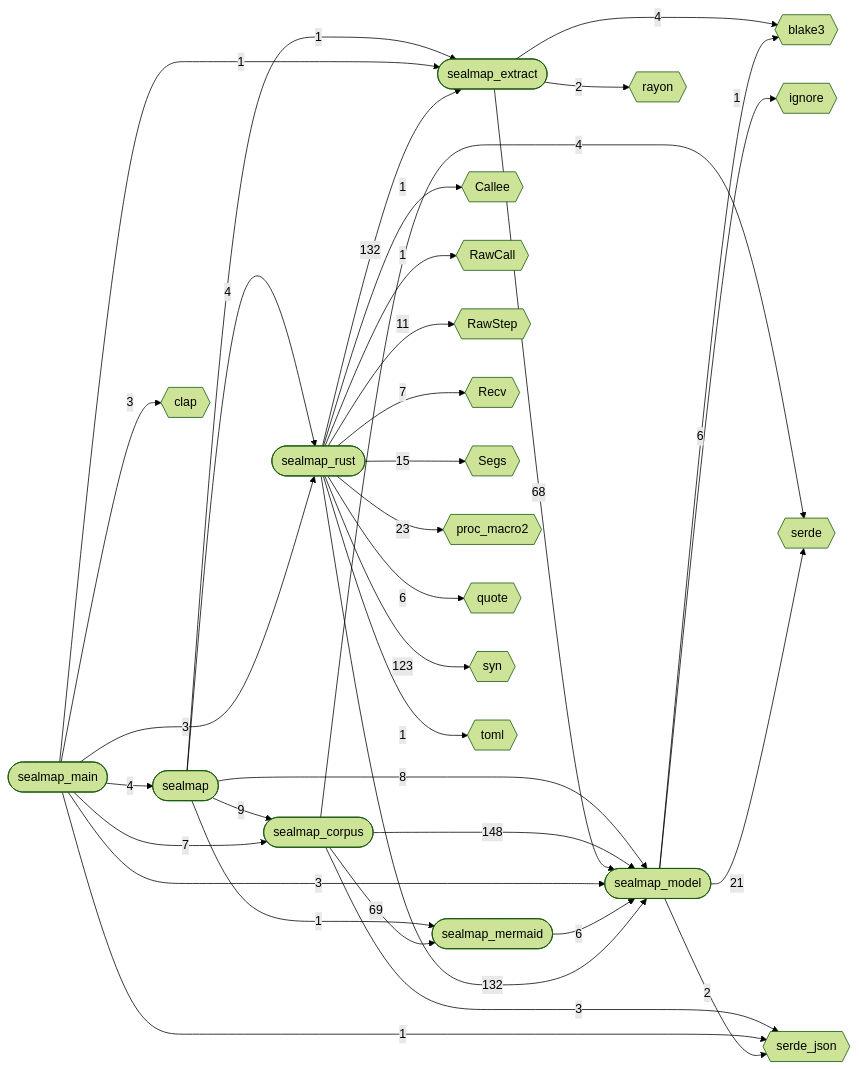
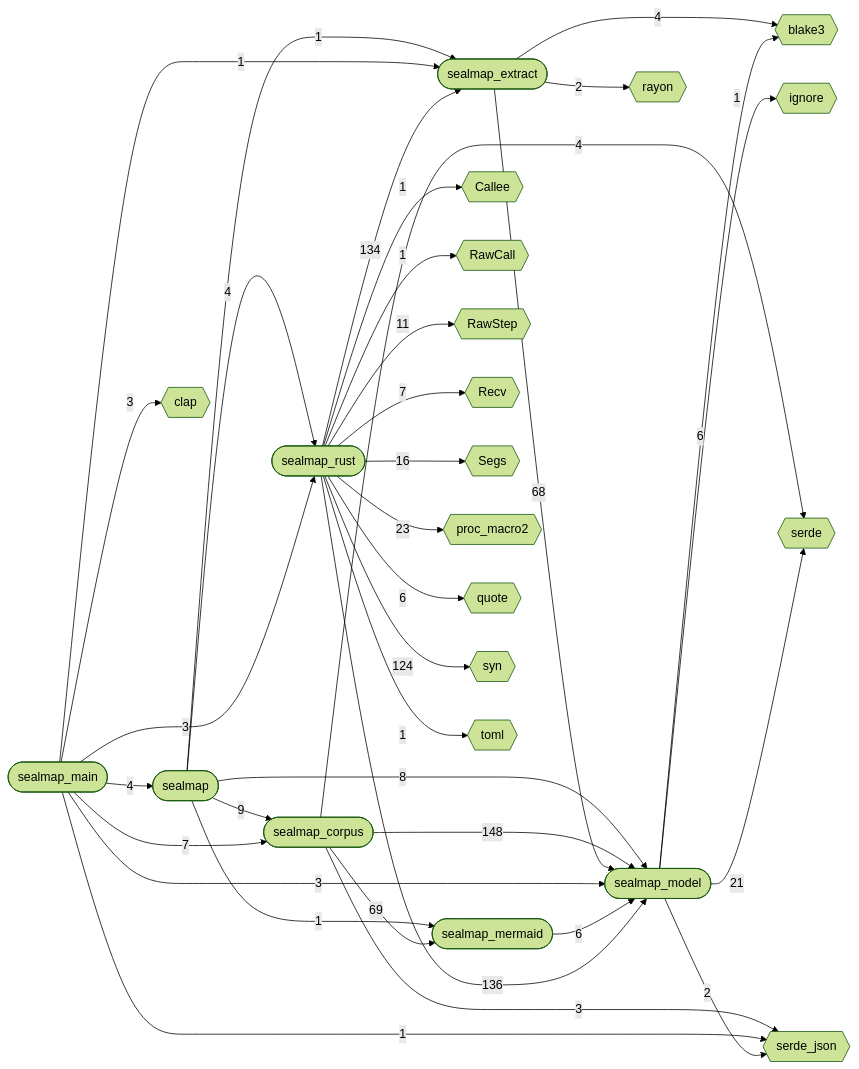
One commit to DreamLab-AI/codemaid changed the first of 12 diagrams in docs/sealmap/_overview.md. Above: the diagram before and after it, drawn with Mermaid (forest theme). The commit also changed other lines of this file and 8 other files, not shown here.

First line of the commit message:
fix(sealmap-rust): resolve generic parameters from declared scope, not name shape

````diff
--- a/docs/sealmap/_overview.md
+++ b/docs/sealmap/_overview.md
@@ -10,60 +10,60 @@
 ```mermaid
 flowchart LR
   sealmap(["sealmap"])
   sealmap_corpus(["sealmap_corpus"])
   sealmap_extract(["sealmap_extract"])
   sealmap_main(["sealmap_main"])
   sealmap_mermaid(["sealmap_mermaid"])
   sealmap_model(["sealmap_model"])
   sealmap_rust(["sealmap_rust"])
   Callee{{"Callee"}}
   RawCall{{"RawCall"}}
   RawStep{{"RawStep"}}
   Recv{{"Recv"}}
   Segs{{"Segs"}}
   blake3{{"blake3"}}
   clap{{"clap"}}
   ignore{{"ignore"}}
   proc_macro2{{"proc_macro2"}}
   quote{{"quote"}}
   rayon{{"rayon"}}
   serde{{"serde"}}
   serde_json{{"serde_json"}}
   syn{{"syn"}}
   toml{{"toml"}}
   sealmap -->|"9"| sealmap_corpus
   sealmap -->|"1"| sealmap_extract
   sealmap -->|"1"| sealmap_mermaid
   sealmap -->|"8"| sealmap_model
   sealmap -->|"4"| sealmap_rust
   sealmap_corpus -->|"69"| sealmap_mermaid
   sealmap_corpus -->|"148"| sealmap_model
   sealmap_corpus -->|"4"| serde
   sealmap_corpus -->|"3"| serde_json
   sealmap_extract -->|"4"| blake3
   sealmap_extract -->|"2"| rayon
   sealmap_extract -->|"68"| sealmap_model
   sealmap_main -->|"3"| clap
   sealmap_main -->|"4"| sealmap
   sealmap_main -->|"7"| sealmap_corpus
   sealmap_main -->|"1"| sealmap_extract
   sealmap_main -->|"3"| sealmap_model
   sealmap_main -->|"3"| sealmap_rust
   sealmap_main -->|"1"| serde_json
   sealmap_mermaid -->|"6"| sealmap_model
   sealmap_model -->|"6"| blake3
   sealmap_model -->|"1"| ignore
   sealmap_model -->|"21"| serde
   sealmap_model -->|"2"| serde_json
   sealmap_rust -->|"1"| Callee
   sealmap_rust -->|"1"| RawCall
   sealmap_rust -->|"11"| RawStep
   sealmap_rust -->|"7"| Recv
-  sealmap_rust -->|"15"| Segs
+  sealmap_rust -->|"16"| Segs
   sealmap_rust -->|"23"| proc_macro2
   sealmap_rust -->|"6"| quote
-  sealmap_rust -->|"132"| sealmap_extract
-  sealmap_rust -->|"132"| sealmap_model
-  sealmap_rust -->|"123"| syn
+  sealmap_rust -->|"134"| sealmap_extract
+  sealmap_rust -->|"136"| sealmap_model
+  sealmap_rust -->|"124"| syn
   sealmap_rust -->|"1"| toml
 ```
````
